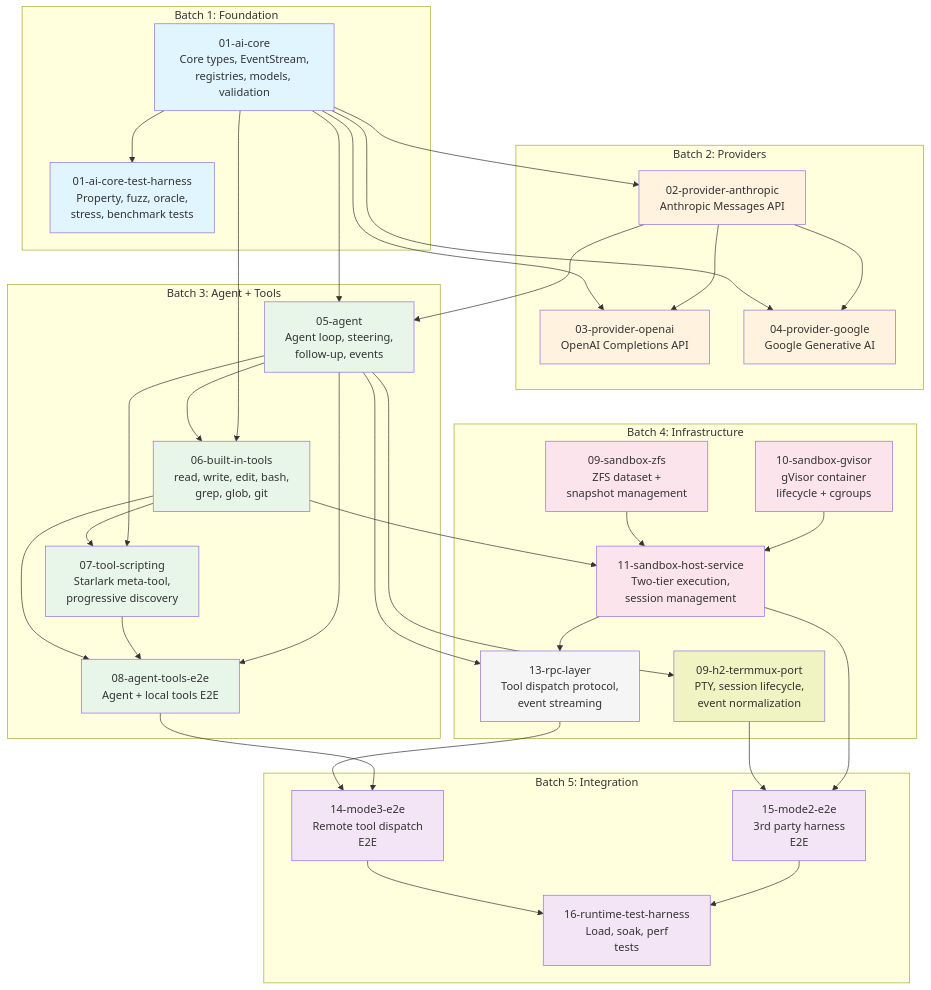
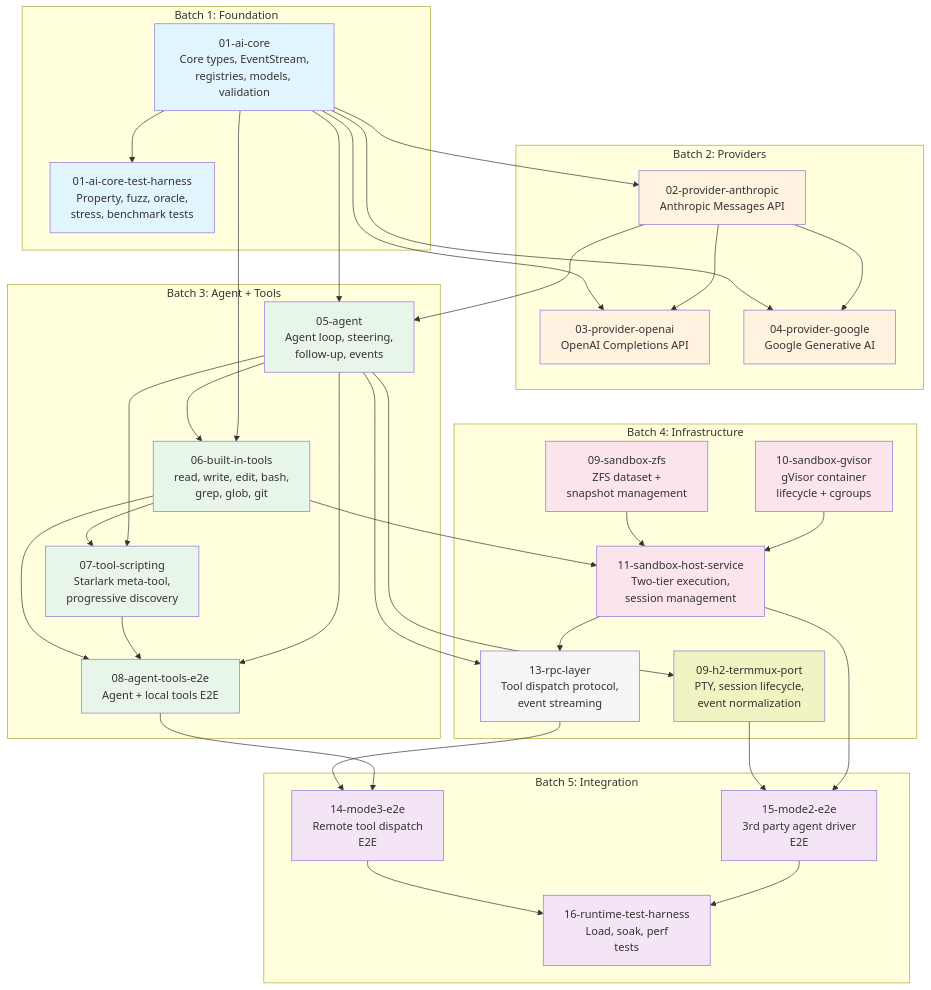
One commit to dcosson/flex-agent-runtime changed the diagram in docs/plans/00-plan-index.md. Above: the diagram before and after it, drawn with Mermaid. The commit also changed other lines of this file and 3 other files, not shown here.

````diff
--- a/docs/plans/00-plan-index.md
+++ b/docs/plans/00-plan-index.md
@@ -83,82 +83,82 @@
 ```mermaid
 graph TD
     subgraph "Batch 1: Foundation"
         A[01-ai-core<br/>Core types, EventStream,<br/>registries, models, validation]
         AH[01-ai-core-test-harness<br/>Property, fuzz, oracle,<br/>stress, benchmark tests]
     end
 
     subgraph "Batch 2: Providers"
         B[02-provider-anthropic<br/>Anthropic Messages API]
         C[03-provider-openai<br/>OpenAI Completions API]
         D[04-provider-google<br/>Google Generative AI]
     end
 
     subgraph "Batch 3: Agent + Tools"
         E[05-agent<br/>Agent loop, steering,<br/>follow-up, events]
         F[06-built-in-tools<br/>read, write, edit, bash,<br/>grep, glob, git]
         G[07-tool-scripting<br/>Starlark meta-tool,<br/>progressive discovery]
         H[08-agent-tools-e2e<br/>Agent + local tools E2E]
     end
 
     subgraph "Batch 4: Infrastructure"
         I[09-sandbox-zfs<br/>ZFS dataset +<br/>snapshot management]
         J[10-sandbox-gvisor<br/>gVisor container<br/>lifecycle + cgroups]
         K[11-sandbox-host-service<br/>Two-tier execution,<br/>session management]
         L[09-h2-termmux-port<br/>PTY, session lifecycle,<br/>event normalization]
         M[13-rpc-layer<br/>Tool dispatch protocol,<br/>event streaming]
     end
 
     subgraph "Batch 5: Integration"
         N[14-mode3-e2e<br/>Remote tool dispatch<br/>E2E]
-        O[15-mode2-e2e<br/>3rd party harness<br/>E2E]
+        O[15-mode2-e2e<br/>3rd party agent driver<br/>E2E]
         P[16-runtime-test-harness<br/>Load, soak, perf<br/>tests]
     end
 
     A --> AH
     A --> B
     A --> C
     A --> D
     B --> C
     B --> D
     B --> E
     A --> E
     E --> F
     A --> F
     F --> G
     E --> G
     F --> H
     G --> H
     E --> H
 
     I --> K
     J --> K
     F --> K
     E --> L
     K --> M
     E --> M
 
     M --> N
     H --> N
     L --> O
     K --> O
     N --> P
     O --> P
 
     style A fill:#e1f5fe
     style AH fill:#e1f5fe
     style B fill:#fff3e0
     style C fill:#fff3e0
     style D fill:#fff3e0
     style E fill:#e8f5e9
     style F fill:#e8f5e9
     style G fill:#e8f5e9
     style H fill:#e8f5e9
     style I fill:#fce4ec
     style J fill:#fce4ec
     style K fill:#fce4ec
     style L fill:#f0f4c3
     style M fill:#f5f5f5
     style N fill:#f3e5f5
     style O fill:#f3e5f5
     style P fill:#f3e5f5
 ```
````
